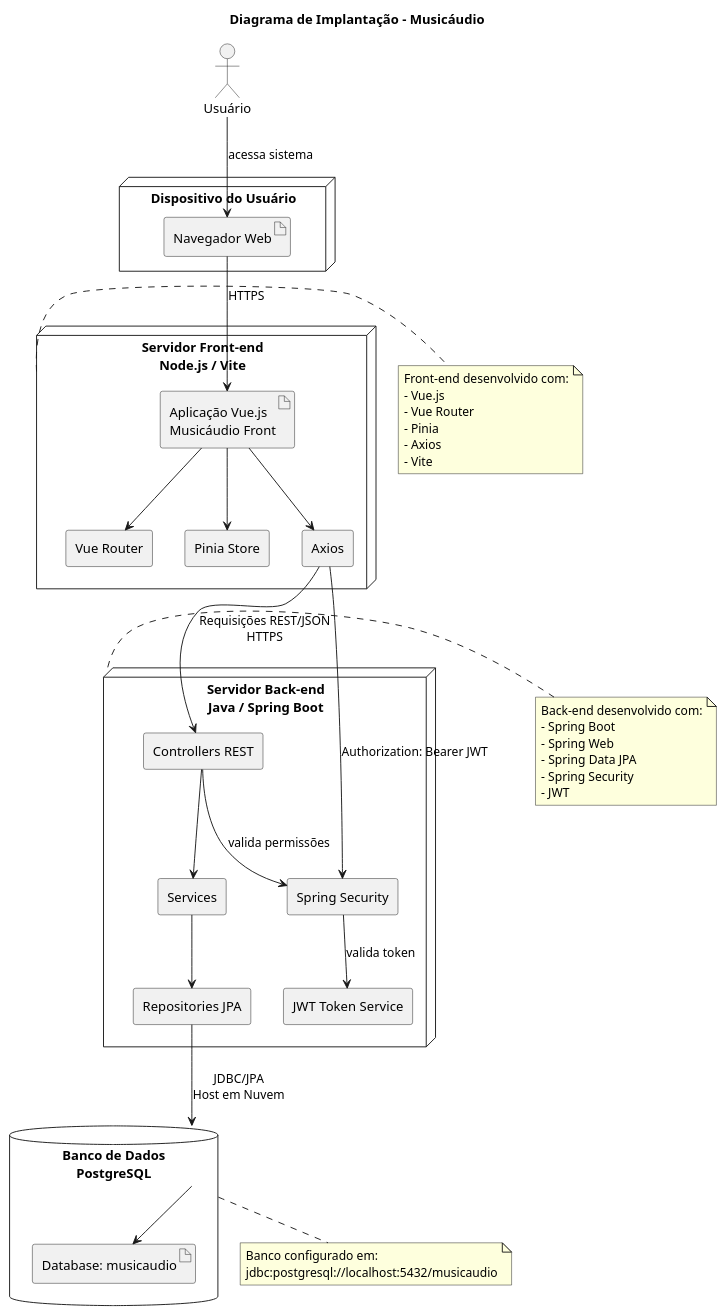
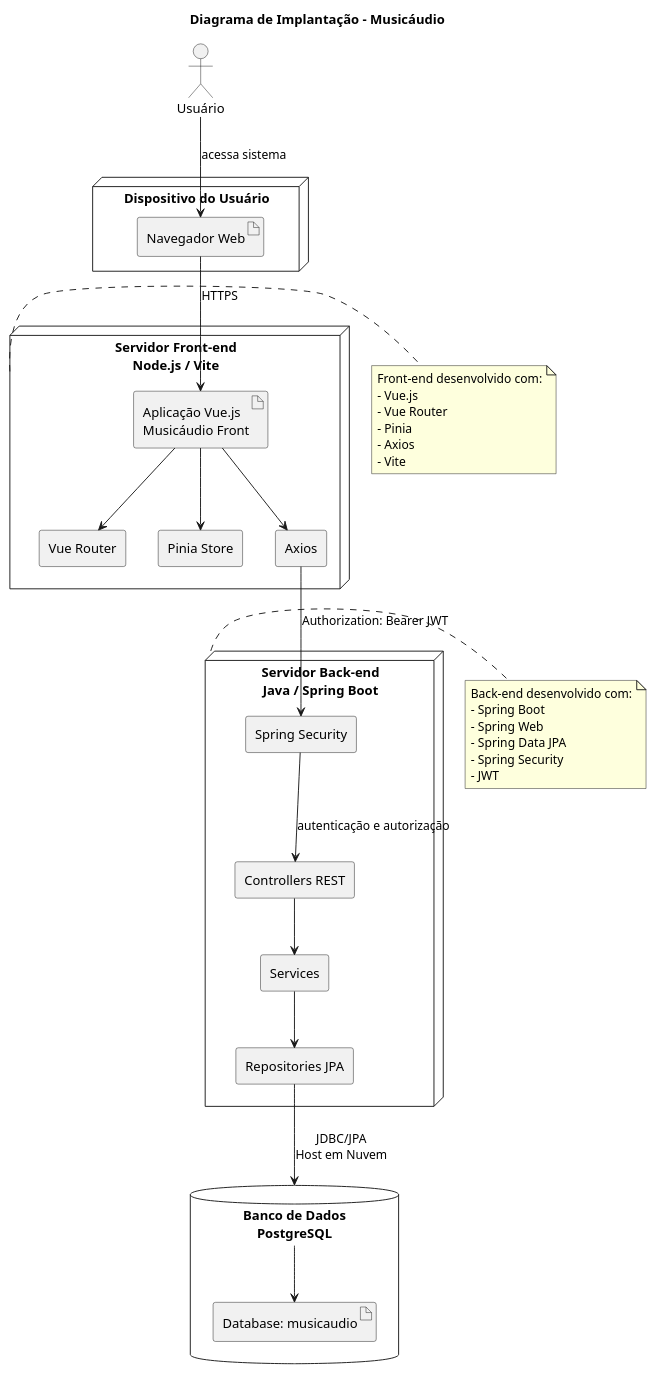
Before and after one commit to JorgeSkraba/Musicaudio_UML: the diagram in Implantação.puml, drawn with PlantUML. The commit also changed 1 other file, not shown here.

Commit message:
pequena alteração no diagrama de implantação

```diff
--- a/Implantação.puml
+++ b/Implantação.puml
@@ -1,74 +1,65 @@
 @startuml
 title Diagrama de Implantação - Musicáudio
 
 skinparam shadowing false
 skinparam componentStyle rectangle
 
 actor "Usuário" as usuario
 
 node "Dispositivo do Usuário" {
   artifact "Navegador Web" as browser
 }
 
 node "Servidor Front-end\nNode.js / Vite" as frontend {
   artifact "Aplicação Vue.js\nMusicáudio Front" as vue
   component "Vue Router" as router
   component "Pinia Store" as pinia
   component "Axios" as axios
 }
 
 node "Servidor Back-end\nJava / Spring Boot" as backend {
 
   component "Controllers REST" as controllers
   component "Spring Security" as security
-  component "JWT Token Service" as jwt
   component "Services" as services
   component "Repositories JPA" as repositories
 }
 
 database "Banco de Dados\nPostgreSQL" as postgres {
   artifact "Database: musicaudio" as db
 }
 
 usuario --> browser : acessa sistema
 browser --> vue : HTTPS
 
 vue --> router
 vue --> pinia
 vue --> axios
 
-axios --> controllers : Requisições REST/JSON\nHTTPS
 axios --> security : Authorization: Bearer JWT
-
-controllers --> security : valida permissões
-security --> jwt : valida token
+security --> controllers : autenticação e autorização
 controllers --> services
 services --> repositories
 repositories --> postgres : JDBC/JPA\nHost em Nuvem
 
 postgres --> db
 
 note right of frontend
 Front-end desenvolvido com:
 - Vue.js
 - Vue Router
 - Pinia
 - Axios
 - Vite
 end note
 
 note right of backend
 Back-end desenvolvido com:
 - Spring Boot
 - Spring Web
 - Spring Data JPA
 - Spring Security
 - JWT
 end note
 
-note bottom of postgres
-Banco configurado em:
-jdbc:postgresql://localhost:5432/musicaudio
-end note
-
 @enduml
```
